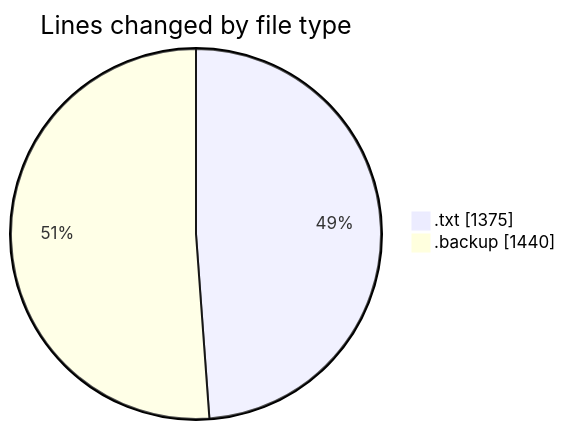
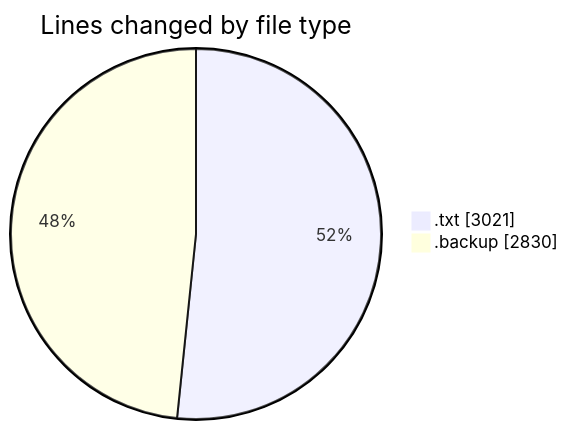
Before and after one commit to ricardozamudiocil/code-tracking: the first of 2 diagrams in 2026-03-03/cilwebcustomercomunicationfront/README.md, drawn with Mermaid. The commit also changed other lines of this file and 1 other file, not shown here.

````diff
--- a/2026-03-03/cilwebcustomercomunicationfront/README.md
+++ b/2026-03-03/cilwebcustomercomunicationfront/README.md
@@ -21,6 +26,6 @@
 ```mermaid
 pie showData
 title Lines changed by file type
-".txt" : 1375
-".backup" : 1440
+".txt" : 3021
+".backup" : 2830
 ```
````
